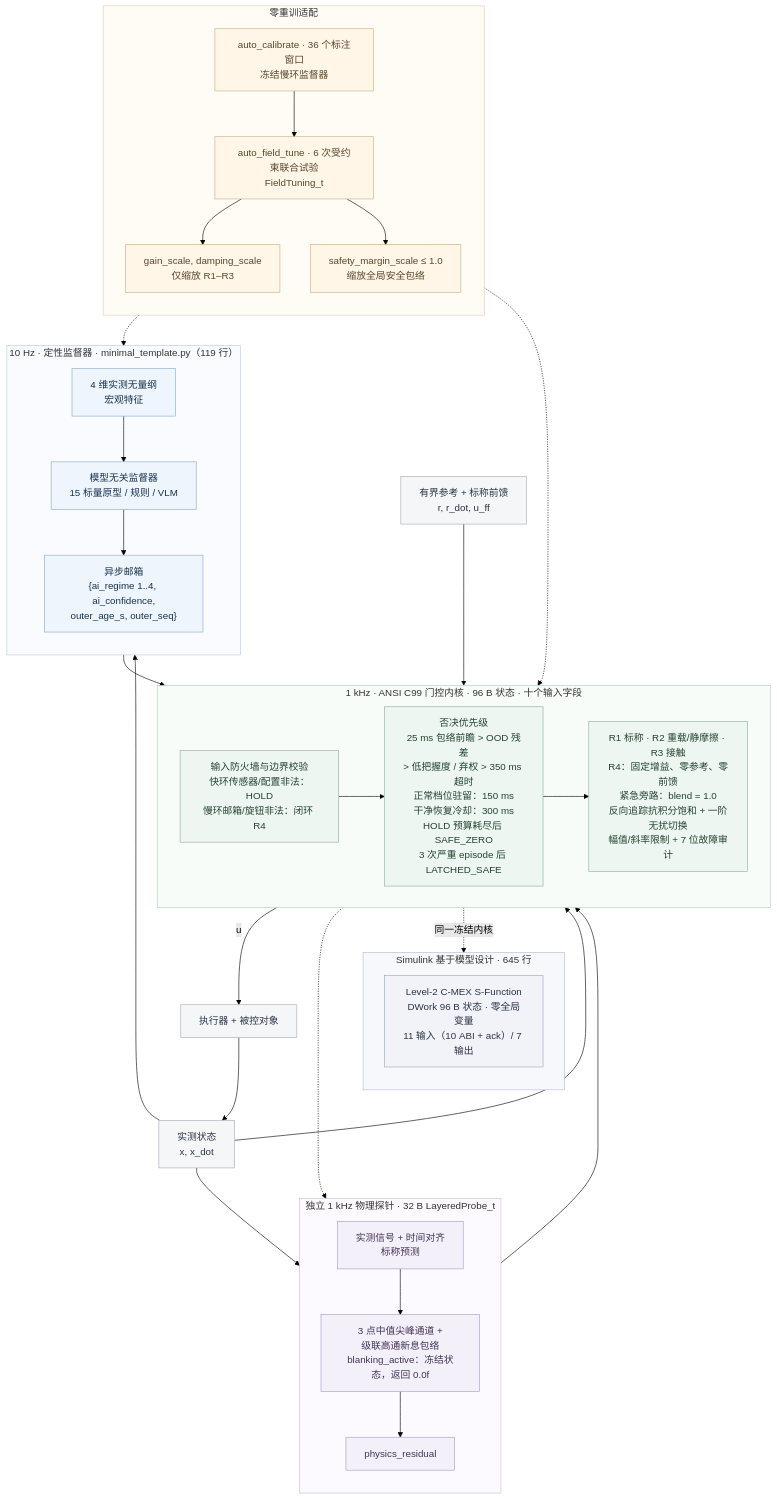
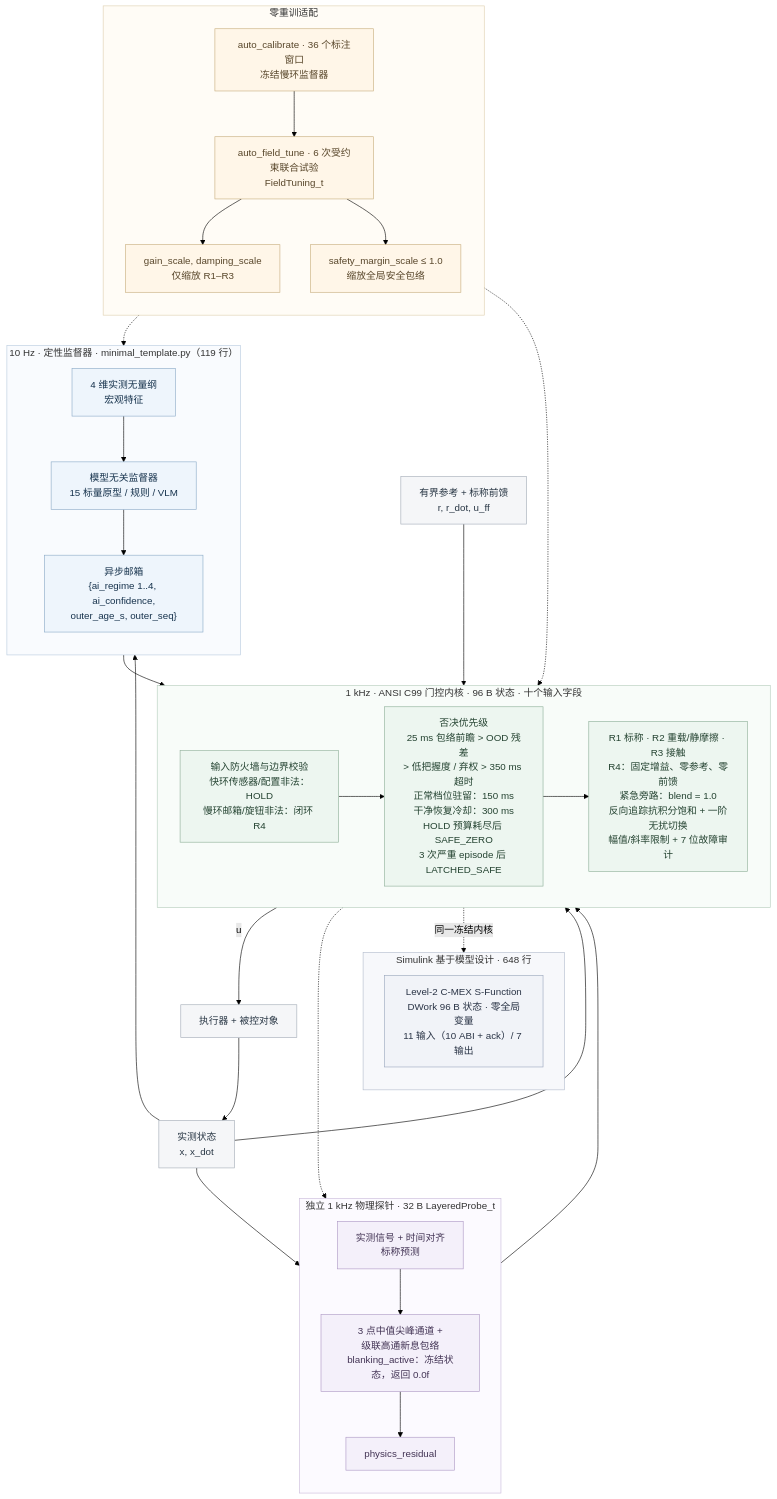
Before and after one commit to lijiawei255/ai-layered-control: the diagram in README_zh.md, drawn with Mermaid (forest theme). The commit also changed other lines of this file and 11 other files, not shown here.

````diff
--- a/README_zh.md
+++ b/README_zh.md
@@ -54,70 +54,70 @@
 ```mermaid
 flowchart TB
     subgraph slow["10 Hz · 定性监督器 · minimal_template.py（119 行）"]
         direction TB
         features["4 维实测无量纲<br/>宏观特征"]
         supervisor["模型无关监督器<br/>15 标量原型 / 规则 / VLM"]
         mailbox["异步邮箱<br/>{ai_regime 1..4, ai_confidence,<br/>outer_age_s, outer_seq}"]
         features --> supervisor --> mailbox
     end
     subgraph probe["独立 1 kHz 物理探针 · 32 B LayeredProbe_t"]
         direction TB
         innovation["实测信号 + 时间对齐<br/>标称预测"]
         channels["3 点中值尖峰通道 +<br/>级联高通新息包络<br/>blanking_active：冻结状态，返回 0.0f"]
         residual["physics_residual"]
         innovation --> channels --> residual
     end
     subgraph fast["1 kHz · ANSI C99 门控内核 · 96 B 状态 · 十个输入字段"]
         direction LR
         firewall["输入防火墙与边界校验<br/>快环传感器/配置非法：HOLD<br/>慢环邮箱/旋钮非法：闭环 R4"]
         gates["否决优先级<br/>25 ms 包络前瞻 > OOD 残差<br/>> 低把握度 / 弃权 > 350 ms 超时<br/>正常档位驻留：150 ms<br/>干净恢复冷却：300 ms<br/>HOLD 预算耗尽后 SAFE_ZERO<br/>3 次严重 episode 后 LATCHED_SAFE"]
         bank["R1 标称 · R2 重载/静摩擦 · R3 接触<br/>R4：固定增益、零参考、零前馈<br/>紧急旁路：blend = 1.0<br/>反向追踪抗积分饱和 + 一阶无扰切换<br/>幅值/斜率限制 + 7 位故障审计"]
         firewall --> gates --> bank
     end
-    subgraph mbd["Simulink 基于模型设计 · 645 行"]
+    subgraph mbd["Simulink 基于模型设计 · 648 行"]
         direction TB
         sfun["Level-2 C-MEX S-Function<br/>DWork 96 B 状态 · 零全局变量<br/>11 输入（10 ABI + ack）/ 7 输出"]
     end
     subgraph adapt["零重训适配"]
         direction TB
         calibrate["auto_calibrate · 36 个标注窗口<br/>冻结慢环监督器"]
         tune["auto_field_tune · 6 次受约束联合试验<br/>FieldTuning_t"]
         gains["gain_scale, damping_scale<br/>仅缩放 R1–R3"]
         margin["safety_margin_scale ≤ 1.0<br/>缩放全局安全包络"]
         calibrate --> tune
         tune --> gains
         tune --> margin
     end
     reference["有界参考 + 标称前馈<br/>r, r_dot, u_ff"]
     plant["执行器 + 被控对象"]
     sensor["实测状态<br/>x, x_dot"]
     reference --> fast
     slow --> fast
     probe --> fast
     fast -->|"u"| plant
     plant --> sensor
     sensor --> fast
     sensor --> slow
     sensor --> probe
     fast -.-> probe
     fast -.->|"同一冻结内核"| sfun
     adapt -.-> slow
     adapt -.-> fast
     classDef slowNode fill:#eef5fc,stroke:#8baac7,color:#17334d;
     classDef probeNode fill:#f4f0fa,stroke:#ad98c5,color:#423354;
     classDef coreNode fill:#edf6f0,stroke:#8eaf99,color:#244331;
     classDef adaptNode fill:#fff6e8,stroke:#c7ad7d,color:#58462a;
     classDef ioNode fill:#f5f6f8,stroke:#a4acb7,color:#283644;
     classDef mbdNode fill:#f1f3f8,stroke:#9aa7bd,color:#2a3446;
     class features,supervisor,mailbox slowNode;
     class innovation,channels,residual probeNode;
     class firewall,gates,bank coreNode;
     class calibrate,tune,gains,margin adaptNode;
     class reference,plant,sensor ioNode;
     class sfun mbdNode;
     style slow fill:#f9fbfe,stroke:#b8cbde
     style probe fill:#fcfaff,stroke:#c9bbda
     style fast fill:#f8fcf9,stroke:#b6cdbd
     style mbd fill:#f7f8fb,stroke:#b3bccd
     style adapt fill:#fffcf6,stroke:#dfcfaf
 ```
````
